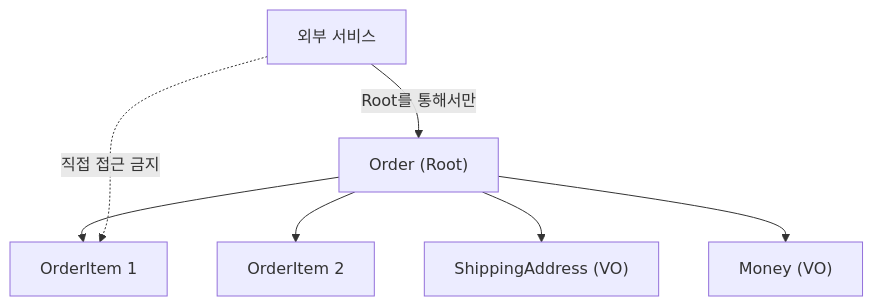
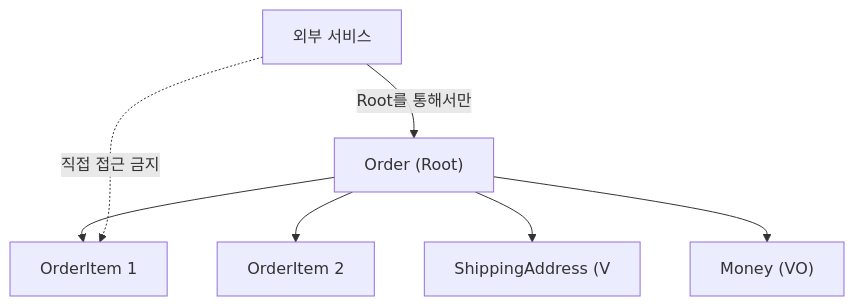
The fifth of 7 diagrams in _posts/architecture/2026-05-01-ddd.md (yjkim2015/yjkim2015.github.io), drawn with Mermaid before and after one commit. The commit also changed other lines of this file and 271 other files, not shown here.

First line of the commit message:
Mermaid 라벨 축소: 긴 노드 텍스트 18자 이하로 트림 + \n 제거

````diff
--- a/_posts/architecture/2026-05-01-ddd.md
+++ b/_posts/architecture/2026-05-01-ddd.md
@@ -231,9 +231,9 @@
 ```mermaid
 graph TD
     OR["Order (Root)"] --> OI1["OrderItem 1"]
     OR --> OI2["OrderItem 2"]
-    OR --> ADDR["ShippingAddress (VO)"]
+    OR --> ADDR["ShippingAddress (V"]
     OR --> MONEY["Money (VO)"]
     External["외부 서비스"] -->|"Root를 통해서만"| OR
     External -.->|"직접 접근 금지"| OI1
 ```
````
